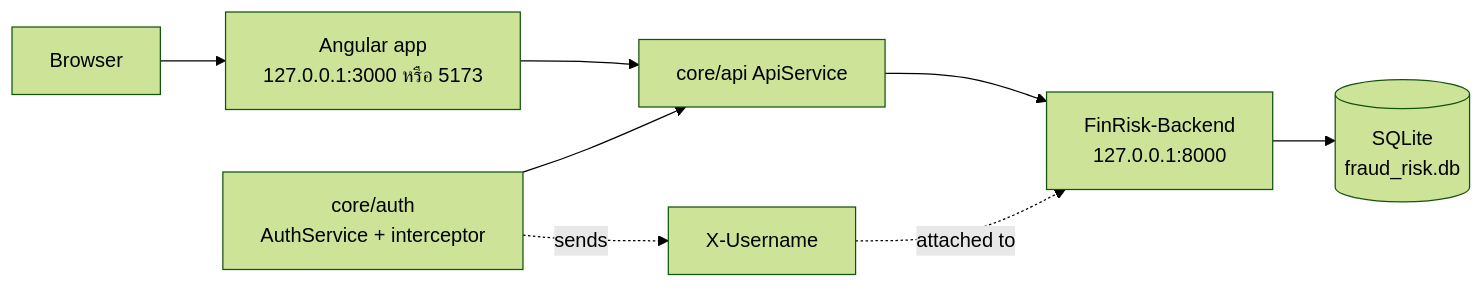
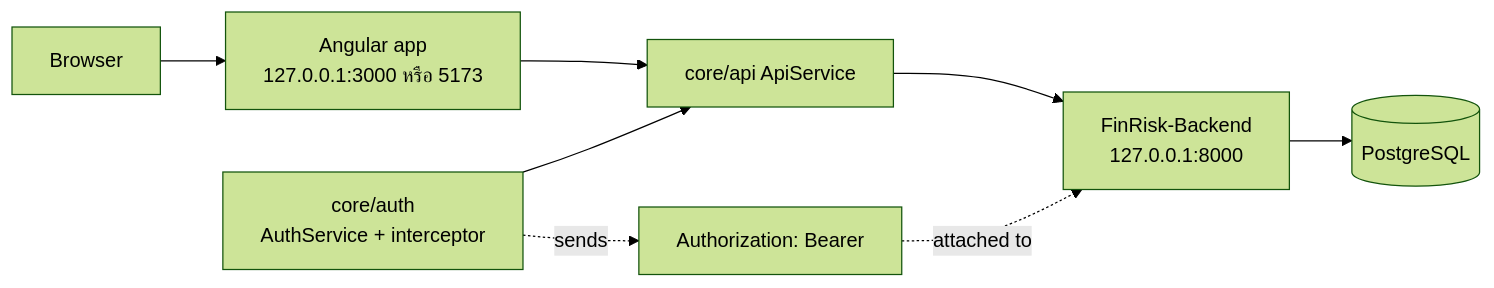
One commit to Chain361/FinRisk-Frontend changed the first of 2 diagrams in docs/ARCHITECTURE.md. Above: the diagram before and after it, drawn with Mermaid (forest theme). The commit also changed other lines of this file and 6 other files, not shown here.

First line of the commit message:
feat: switch from X-Username mock header to JWT Authorization Bearer

````diff
--- a/docs/ARCHITECTURE.md
+++ b/docs/ARCHITECTURE.md
@@ -8,11 +8,11 @@
 ```mermaid
 flowchart LR
   Browser[Browser] --> Angular[Angular app<br/>127.0.0.1:3000 หรือ 5173]
   Angular --> ApiAdapter[core/api ApiService]
   ApiAdapter --> Backend[FinRisk-Backend<br/>127.0.0.1:8000]
-  Backend --> SQLite[(SQLite<br/>fraud_risk.db)]
+  Backend --> Postgres[(PostgreSQL)]
 
   Auth[core/auth<br/>AuthService + interceptor] --> ApiAdapter
-  Auth -. sends .-> Header[X-Username]
+  Auth -. sends .-> Header[Authorization: Bearer]
   Header -. attached to .-> Backend
 ```
````
